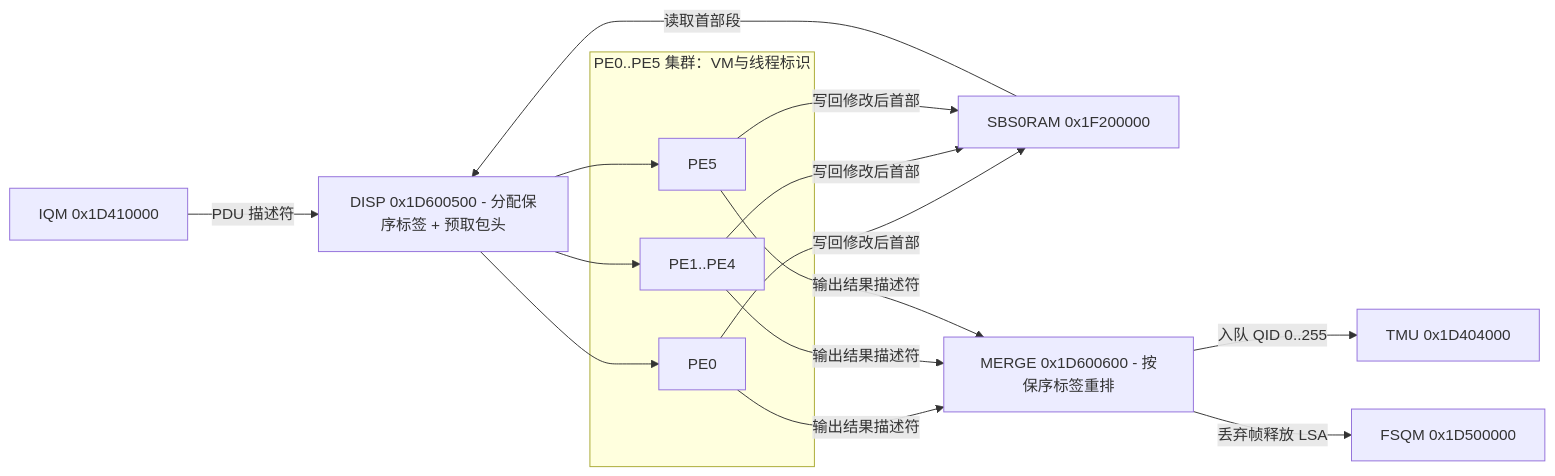
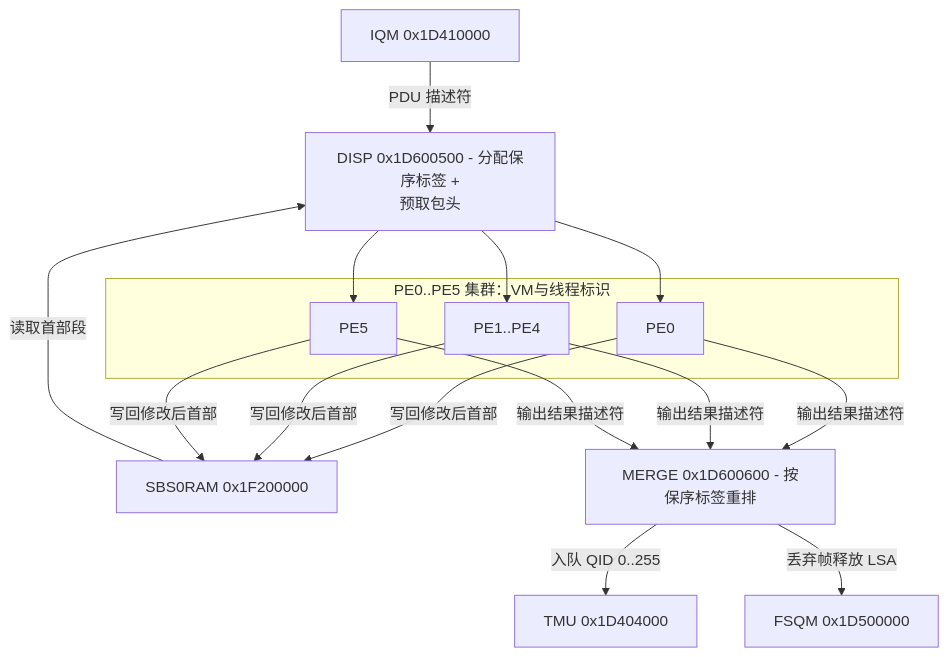
Before and after one commit to difanz/lantiq-falcon-s-docs: the diagram in 06_functional_blocks/05_disp_and_merge.md, drawn with Mermaid. The commit also changed 33 other files, not shown here.

Commit message:
Improve diagram readability and adopt the Material theme

````diff
--- a/06_functional_blocks/05_disp_and_merge.md
+++ b/06_functional_blocks/05_disp_and_merge.md
@@ -14,23 +14,23 @@
 ```mermaid
-flowchart LR
-    IQM["IQM 0x1D410000"] -->|PDU 描述符| DISP["DISP 0x1D600500 - 分配保序标签 + 预取包头"]
+flowchart TD
+    IQM["IQM 0x1D410000"] -->|PDU 描述符| DISP["DISP 0x1D600500 - 分配保序标签 +<br/>预取包头"]
     SSB0["SBS0RAM 0x1F200000"] -->|读取首部段| DISP
 
     subgraph Cluster["PE0..PE5 集群：VM与线程标识"]
         PE0["PE0"]
         PE1["PE1..PE4"]
         PE5["PE5"]
     end
 
     DISP --> PE0
     DISP --> PE1
     DISP --> PE5
     PE0 -->|写回修改后首部| SSB0
     PE1 -->|写回修改后首部| SSB0
     PE5 -->|写回修改后首部| SSB0
     PE0 -->|输出结果描述符| MERGE["MERGE 0x1D600600 - 按保序标签重排"]
     PE1 -->|输出结果描述符| MERGE["MERGE 0x1D600600 - 按保序标签重排"]
     PE5 -->|输出结果描述符| MERGE["MERGE 0x1D600600 - 按保序标签重排"]
     MERGE -->|入队 QID 0..255| TMU["TMU 0x1D404000"]
     MERGE -->|丢弃帧释放 LSA| FSQM["FSQM 0x1D500000"]
 ```
````
